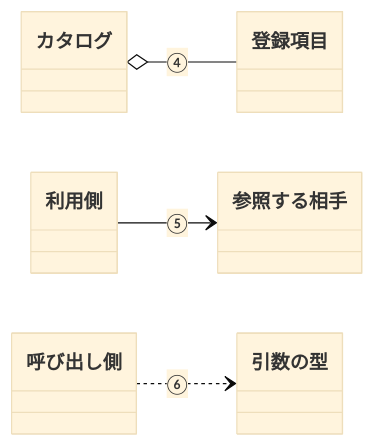
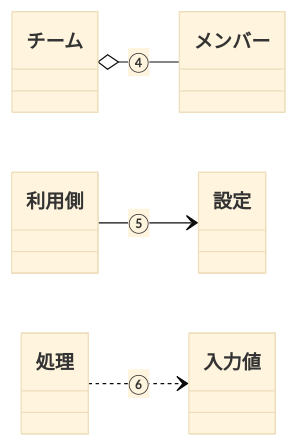
Before and after one commit to kumachan1101-pixel/DesignPattern: the fourth of 4 diagrams in kindle/design-patterns/books/volume01-core-patterns/output/02-chapter00.md, drawn with Mermaid (base theme). The commit also changed other lines of this file and 11 other files, not shown here.

````diff
--- a/kindle/design-patterns/books/volume01-core-patterns/output/02-chapter00.md
+++ b/kindle/design-patterns/books/volume01-core-patterns/output/02-chapter00.md
@@ -160,7 +160,7 @@
 ```mermaid
 classDiagram
     direction LR
-    カタログ o-- 登録項目 : ④
-    利用側 --> 参照する相手 : ⑤
-    呼び出し側 ..> 引数の型 : ⑥
+    チーム o-- メンバー : ④
+    利用側 --> 設定 : ⑤
+    処理 ..> 入力値 : ⑥
 ```
````
